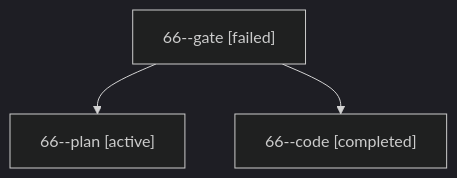
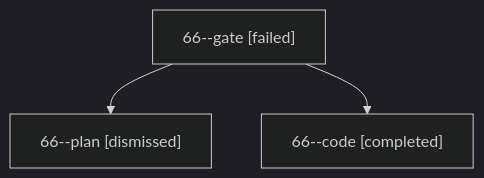
One commit to bobs-org/bob-cli--agents changed the diagram in sessions/bbugyi200.apollo.66.md. Above: the diagram before and after it, drawn with Mermaid (dark theme). The commit also changed other lines of this file and 19 other files, not shown here.

````diff
--- a/sessions/bbugyi200.apollo.66.md
+++ b/sessions/bbugyi200.apollo.66.md
@@ -9,8 +9,8 @@
 ```mermaid
 flowchart TD
   n0["66--gate [failed]"]
-  n1["66--plan [active]"]
+  n1["66--plan [dismissed]"]
   n0 --> n1
   n2["66--code [completed]"]
   n0 --> n2
 ```
````
